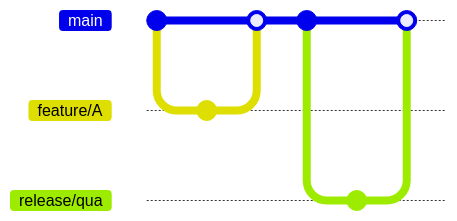
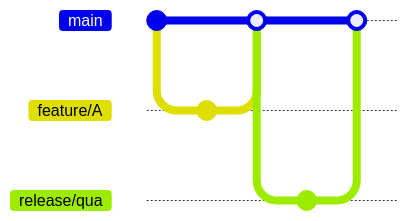
The first of 3 diagrams in mermaid04.md (petitess/markdown), drawn with Mermaid before and after one commit. Commit ids are hidden.

````diff
--- a/mermaid04.md
+++ b/mermaid04.md
@@ -1,14 +1,14 @@
 ```mermaid
 gitGraph
        commit
        branch feature/A
        commit
        checkout main
        merge feature/A
-       commit
+       checkout main
        branch release/qua
        commit
        checkout main
        merge release/qua
        checkout main
 ```
````
